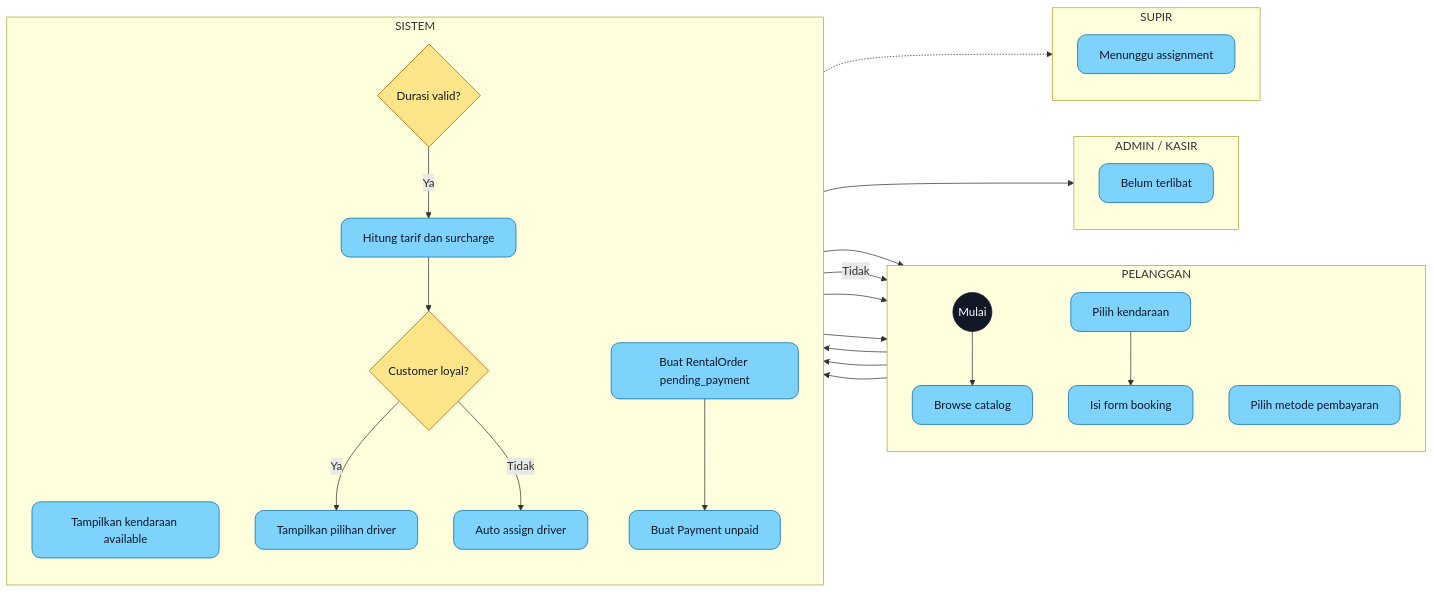
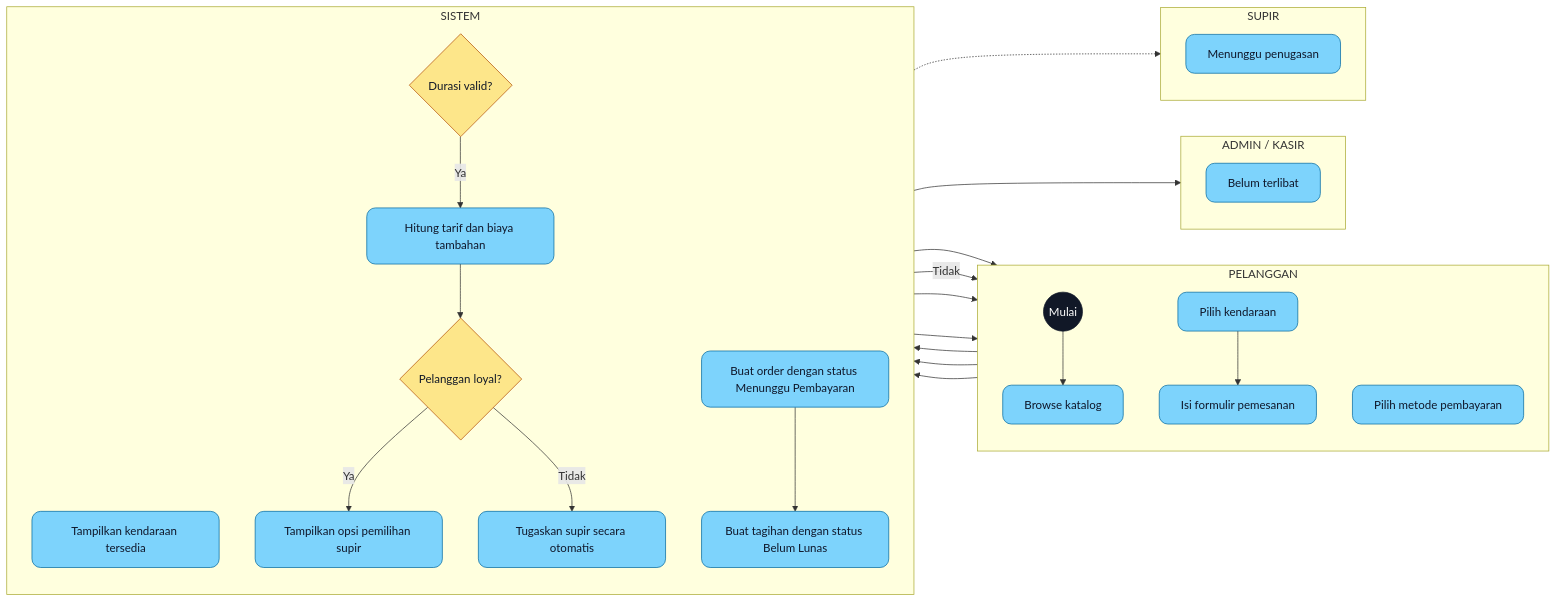
One commit to nabiilnuryassar/rent-car changed diagram 12 of 15 in docs/UML_MERMAID.md. Above: the diagram before and after it, drawn with Mermaid. The commit also changed other lines of this file, not shown here.

Commit message:
update docs uml

````diff
--- a/docs/UML_MERMAID.md
+++ b/docs/UML_MERMAID.md
@@ -488,46 +479,46 @@
 ```mermaid
 flowchart LR
     classDef lane fill:#ffffff,stroke:#111827,stroke-width:2px
     classDef action fill:#7dd3fc,color:#0f172a,stroke:#0369a1,rx:12
     classDef decision fill:#fde68a,color:#111827,stroke:#b45309,rx:8
     classDef startend fill:#111827,color:#ffffff,stroke:#111827,rx:20
 
     subgraph PELANGGAN["PELANGGAN"]
         direction TB
         A0((Mulai)):::startend
-        A1[Browse catalog]:::action
+        A1[Browse katalog]:::action
         A2[Pilih kendaraan]:::action
-        A3[Isi form booking]:::action
+        A3[Isi formulir pemesanan]:::action
         A4[Pilih metode pembayaran]:::action
     end
 
     subgraph SISTEM["SISTEM"]
         direction TB
-        B1[Tampilkan kendaraan available]:::action
+        B1[Tampilkan kendaraan tersedia]:::action
         B2{Durasi valid?}:::decision
-        B3[Hitung tarif dan surcharge]:::action
-        B4{Customer loyal?}:::decision
-        B5[Tampilkan pilihan driver]:::action
-        B6[Auto assign driver]:::action
-        B7[Buat RentalOrder pending_payment]:::action
-        B8[Buat Payment unpaid]:::action
+        B3[Hitung tarif dan biaya tambahan]:::action
+        B4{Pelanggan loyal?}:::decision
+        B5[Tampilkan opsi pemilihan supir]:::action
+        B6[Tugaskan supir secara otomatis]:::action
+        B7[Buat order dengan status Menunggu Pembayaran]:::action
+        B8[Buat tagihan dengan status Belum Lunas]:::action
     end
 
     subgraph ADMIN_KASIR["ADMIN / KASIR"]
         direction TB
         C1[Belum terlibat]:::action
     end
 
     subgraph SUPIR["SUPIR"]
         direction TB
-        D1[Menunggu assignment]:::action
+        D1[Menunggu penugasan]:::action
     end
 
     A0 --> A1 --> B1 --> A2 --> A3 --> B2
     B2 -->|Tidak| A3
     B2 -->|Ya| B3 --> B4
     B4 -->|Ya| B5 --> A4
     B4 -->|Tidak| B6 --> A4
     A4 --> B7 --> B8 --> C1
     B6 -.-> D1
 ```
````
